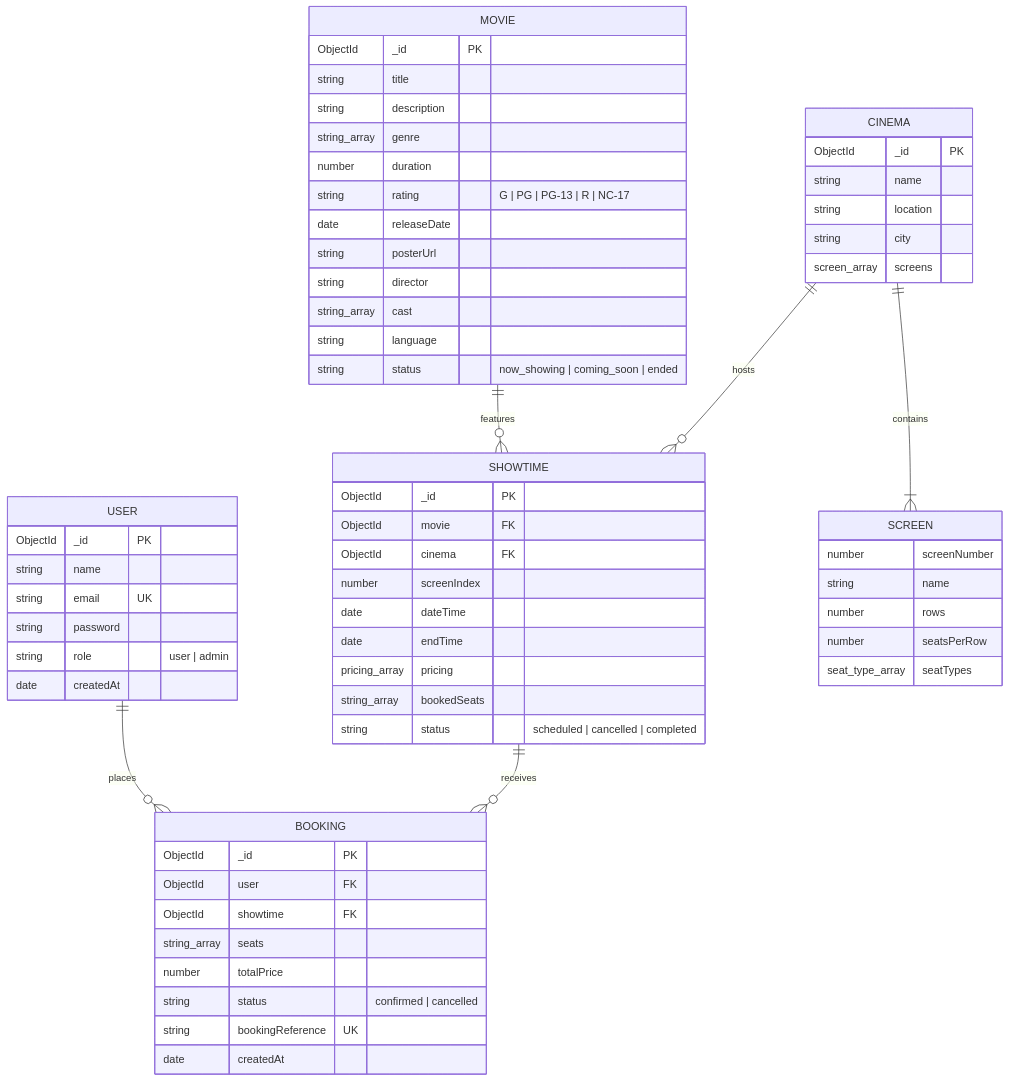
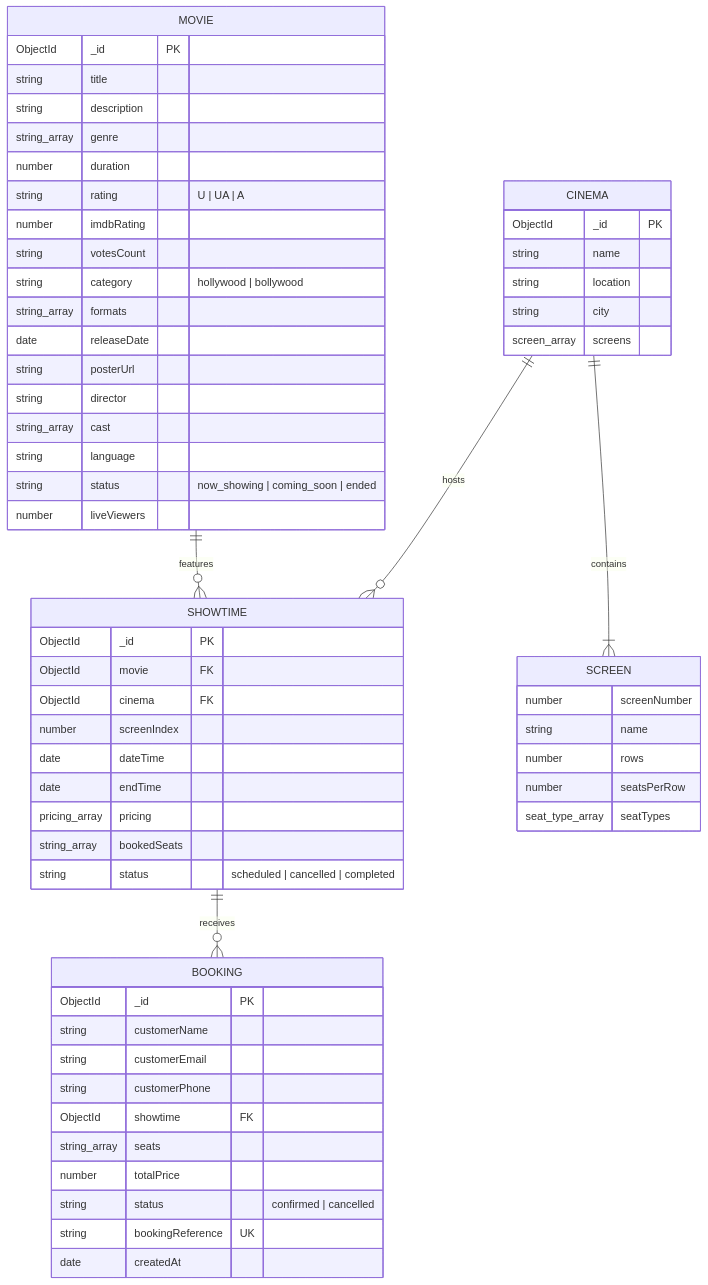
Before and after one commit to YaMa04062005/I-Movies: the second of 2 diagrams in README.md, drawn with Mermaid. The commit also changed other lines of this file and 36 other files, not shown here.

````diff
--- a/README.md
+++ b/README.md
@@ -22,71 +48,68 @@
 ```mermaid
 erDiagram
-    USER ||--o{ BOOKING : places
     MOVIE ||--o{ SHOWTIME : features
     CINEMA ||--|{ SCREEN : contains
     CINEMA ||--o{ SHOWTIME : hosts
     SHOWTIME ||--o{ BOOKING : receives
-
-    USER {
-        ObjectId _id PK
-        string name
-        string email UK
-        string password
-        string role "user | admin"
-        date createdAt
-    }
 
     MOVIE {
         ObjectId _id PK
         string title
         string description
         string_array genre
         number duration
-        string rating "G | PG | PG-13 | R | NC-17"
+        string rating "U | UA | A"
+        number imdbRating
+        string votesCount
+        string category "hollywood | bollywood"
+        string_array formats
         date releaseDate
         string posterUrl
         string director
         string_array cast
         string language
         string status "now_showing | coming_soon | ended"
+        number liveViewers
     }
 
     CINEMA {
         ObjectId _id PK
         string name
         string location
         string city
         screen_array screens
     }
 
     SCREEN {
         number screenNumber
         string name
         number rows
         number seatsPerRow
         seat_type_array seatTypes
     }
 
     SHOWTIME {
         ObjectId _id PK
         ObjectId movie FK
         ObjectId cinema FK
         number screenIndex
         date dateTime
         date endTime
         pricing_array pricing
         string_array bookedSeats
         string status "scheduled | cancelled | completed"
     }
 
     BOOKING {
         ObjectId _id PK
-        ObjectId user FK
+        string customerName
+        string customerEmail
+        string customerPhone
         ObjectId showtime FK
         string_array seats
         number totalPrice
         string status "confirmed | cancelled"
         string bookingReference UK
         date createdAt
     }
 ```
````
